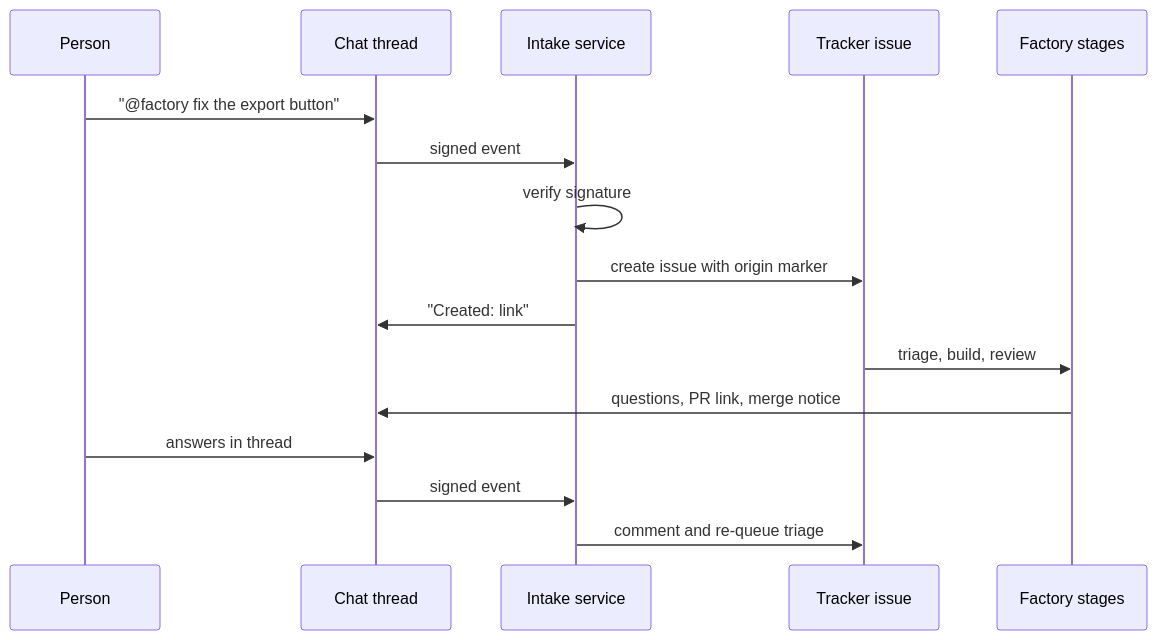
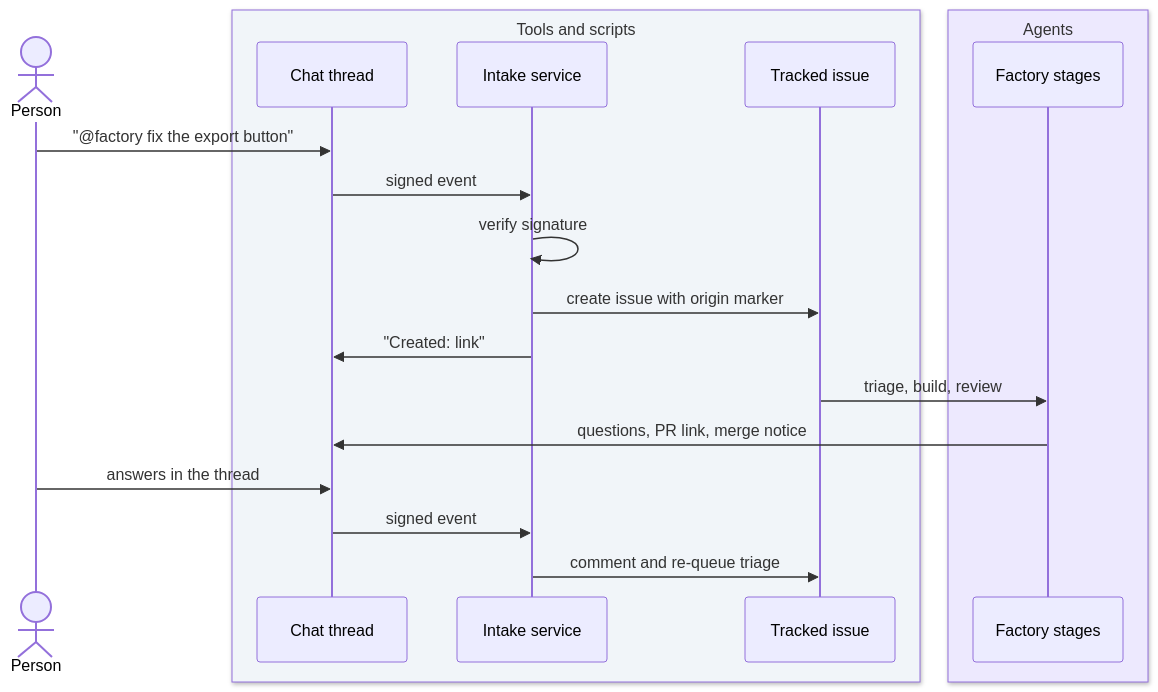
The diagram in docs/01-work-intake/intake-surfaces.md (icelink-ai/software-factory-manifesto), drawn with Mermaid before and after one commit. The commit also changed other lines of this file and 73 other files, not shown here.

````diff
--- a/docs/01-work-intake/intake-surfaces.md
+++ b/docs/01-work-intake/intake-surfaces.md
@@ -31,18 +46,22 @@
 ```mermaid
 sequenceDiagram
-    participant P as Person
-    participant C as Chat thread
-    participant I as Intake service
-    participant T as Tracker issue
-    participant F as Factory stages
+    actor P as Person
+    box rgb(241,245,249) Tools and scripts
+        participant C as Chat thread
+        participant I as Intake service
+        participant T as Tracked issue
+    end
+    box rgb(237,233,254) Agents
+        participant F as Factory stages
+    end
     P->>C: "@factory fix the export button"
     C->>I: signed event
     I->>I: verify signature
     I->>T: create issue with origin marker
     I->>C: "Created: link"
     T->>F: triage, build, review
     F->>C: questions, PR link, merge notice
-    P->>C: answers in thread
+    P->>C: answers in the thread
     C->>I: signed event
     I->>T: comment and re-queue triage
 ```
````
